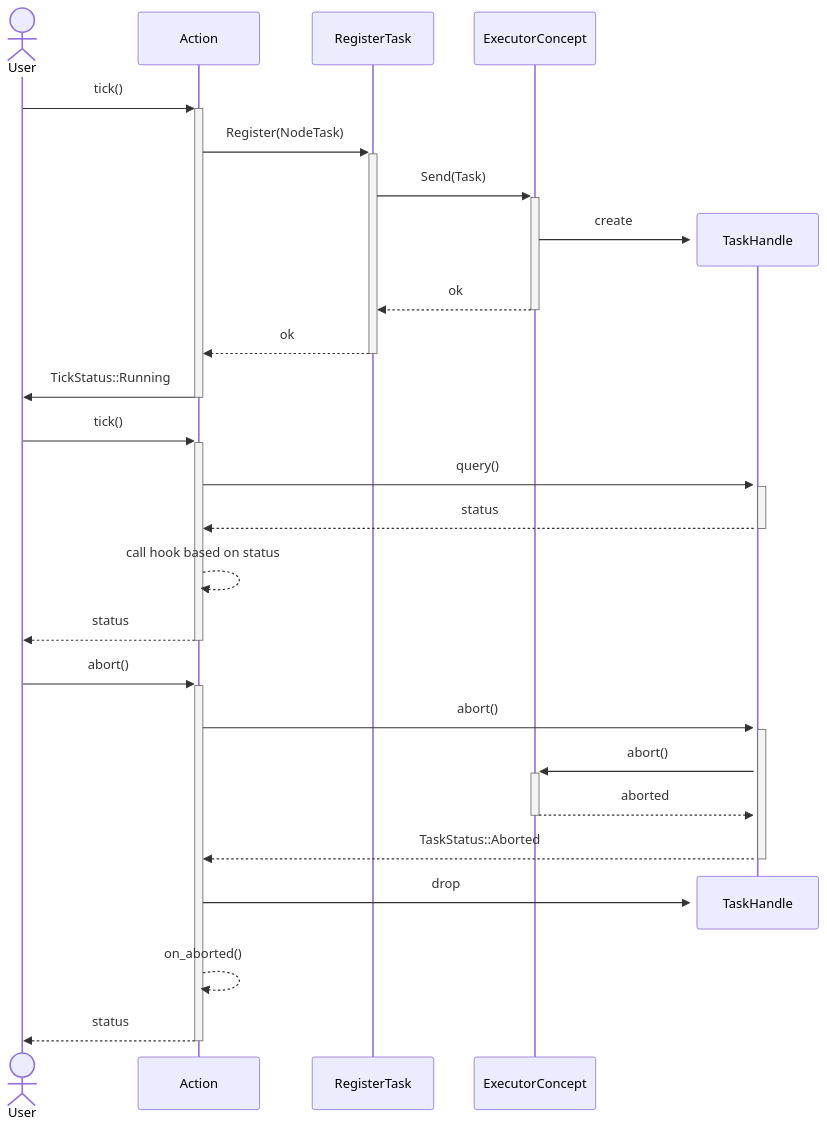
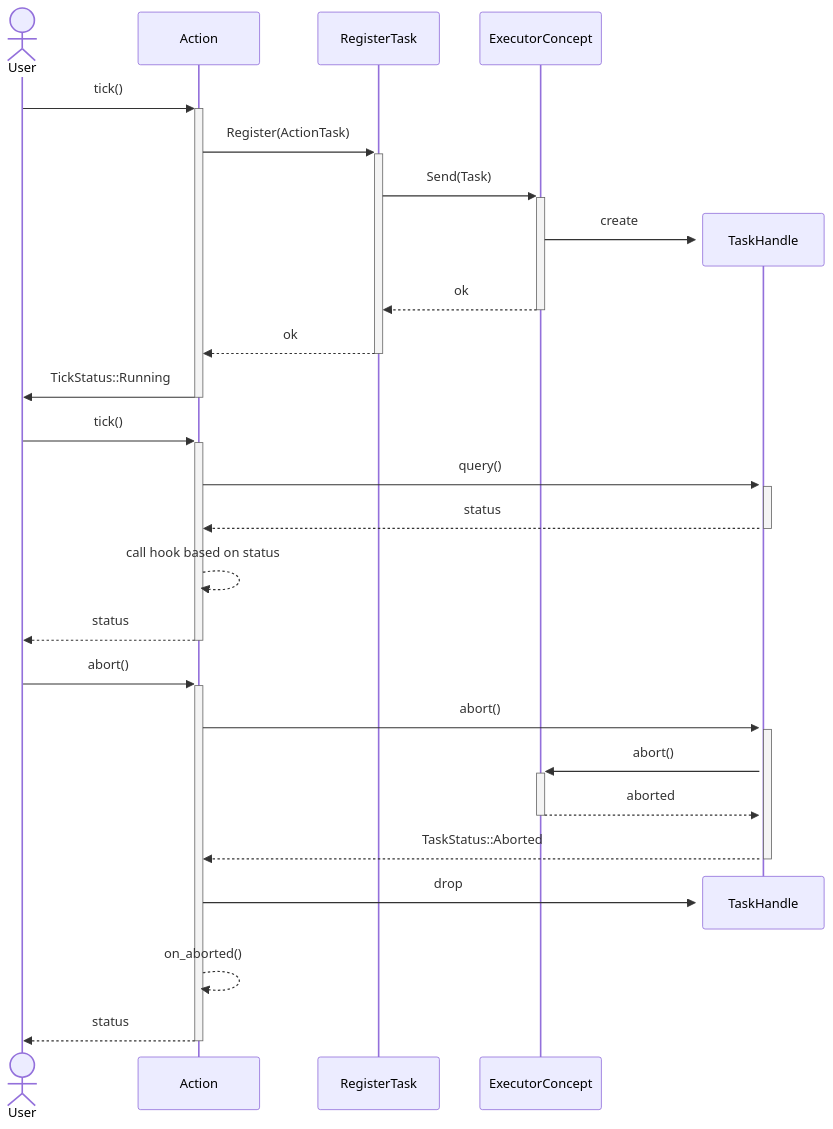
Before and after one commit to skullim/beetry: the diagram in book/src/runtime/execution.md, drawn with Mermaid. The commit also changed other lines of this file and 27 other files, not shown here.

````diff
--- a/book/src/runtime/execution.md
+++ b/book/src/runtime/execution.md
@@ -80,30 +80,30 @@
 ```mermaid
 sequenceDiagram
     actor User
     User ->>+ Action: tick()
-    Action ->>+ RegisterTask: Register(NodeTask)
+    Action ->>+ RegisterTask: Register(ActionTask)
     RegisterTask ->>+ ExecutorConcept: Send(Task)
     create participant TaskHandle
     ExecutorConcept ->>+ TaskHandle: create
     ExecutorConcept -->>- RegisterTask: ok
     RegisterTask -->>- Action: ok
     Action ->>- User: TickStatus::Running
 
     User ->>+ Action: tick()
     Action ->>+ TaskHandle: query()
     TaskHandle -->>- Action: status
     Action -->> Action: call hook based on status
     Action -->>- User: status
 
     User ->>+ Action: abort()
     Action ->>+ TaskHandle: abort()
     TaskHandle ->>+ ExecutorConcept: abort()
     ExecutorConcept -->>- TaskHandle: aborted
     TaskHandle -->>- Action: TaskStatus::Aborted
     destroy TaskHandle
     Action ->> TaskHandle: drop
 
     Action -->> Action: on_aborted()
 
     Action -->>- User: status
 ```
````
